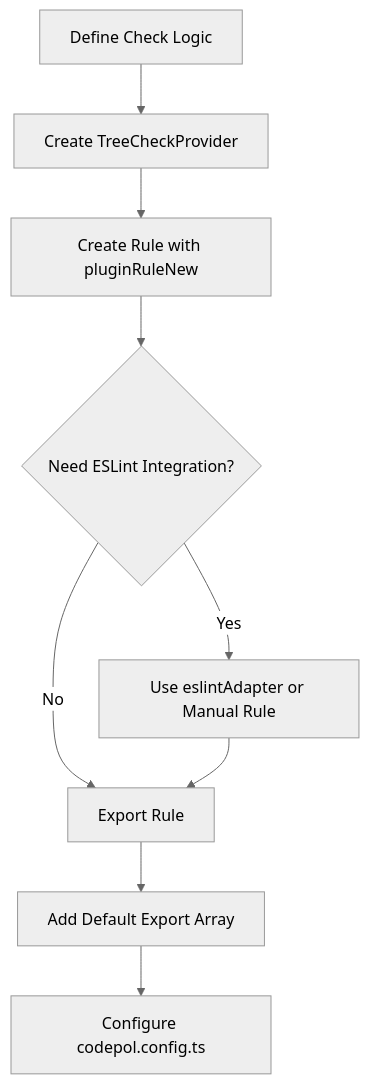
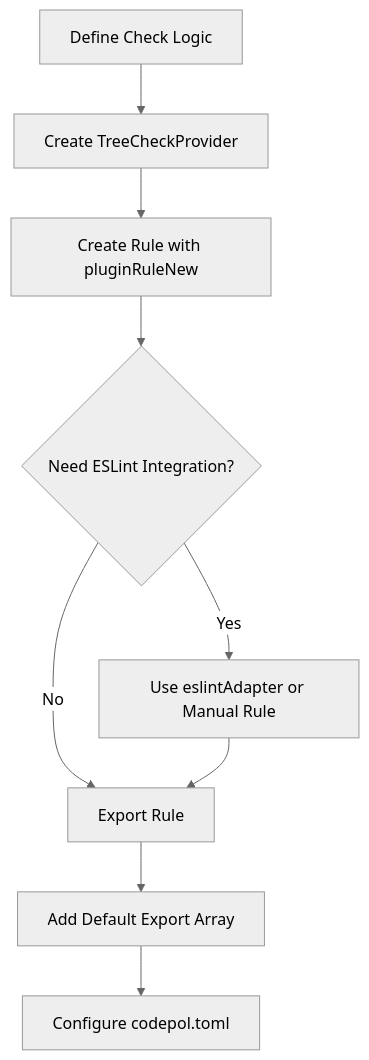
One commit to fruitiecutiepie/codepol changed the diagram in docs/creating-custom-plugins.md. Above: the diagram before and after it, drawn with Mermaid (neutral theme). The commit also changed other lines of this file and 49 other files, not shown here.

Commit message:
refactor codepol.config.ts to toml

````diff
--- a/docs/creating-custom-plugins.md
+++ b/docs/creating-custom-plugins.md
@@ -14,11 +19,11 @@
 ```mermaid
 flowchart TD
     A[Define Check Logic] --> B[Create TreeCheckProvider]
     B --> C[Create Rule with pluginRuleNew]
     C --> D{Need ESLint Integration?}
     D -->|Yes| E[Use eslintAdapter or Manual Rule]
     D -->|No| F[Export Rule]
     E --> F
     F --> G[Add Default Export Array]
-    G --> H[Configure codepol.config.ts]
+    G --> H[Configure codepol.toml]
 ```
````
